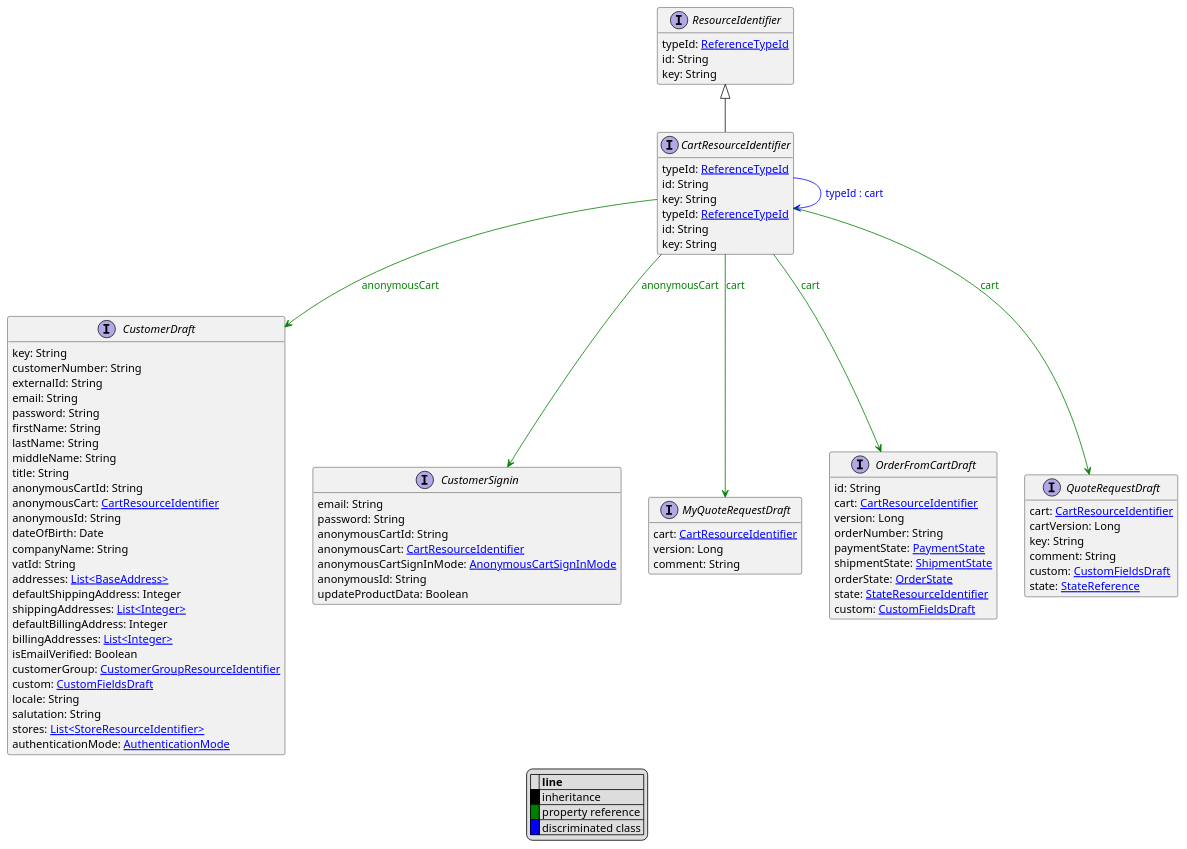
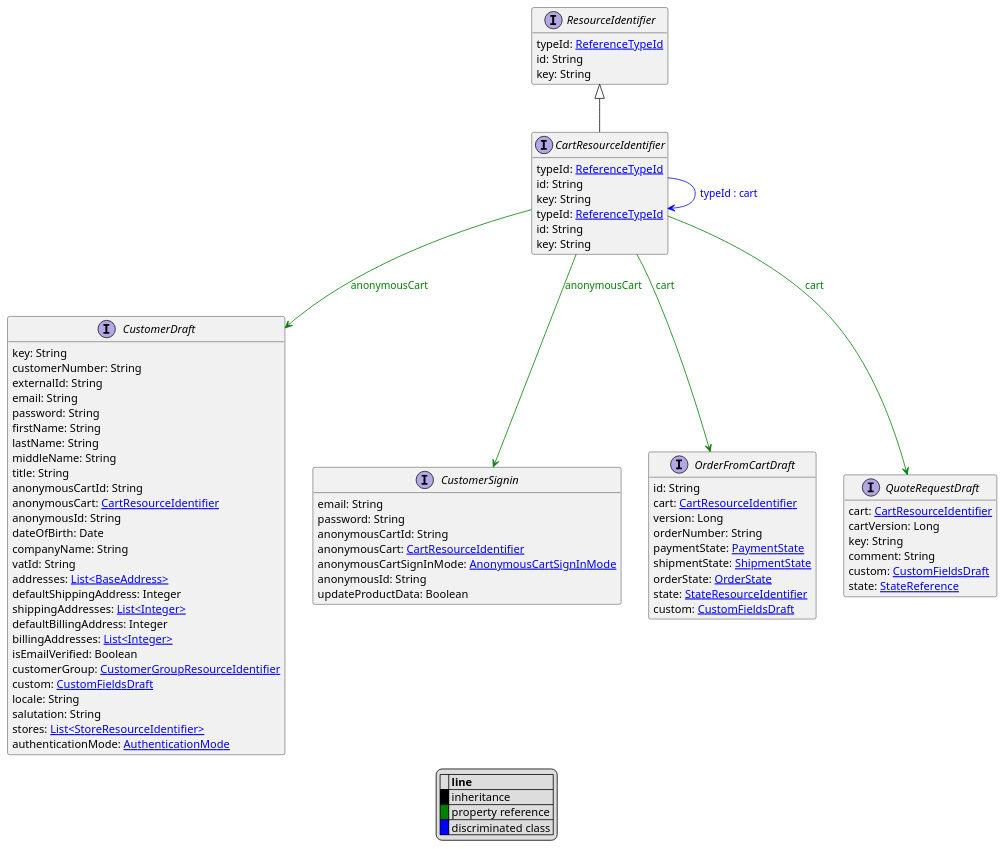
One commit to commercetools/commercetools-api-reference changed the diagram in uml/api/CartResourceIdentifier.puml. Above: the diagram before and after it, drawn with PlantUML. The commit also changed 6 other files, not shown here.

```diff
--- a/uml/api/CartResourceIdentifier.puml
+++ b/uml/api/CartResourceIdentifier.puml
@@ -1,95 +1,89 @@
 @startuml
 
 hide empty fields
 hide empty methods
 legend
 |= |= line |
 |<back:black>   </back>| inheritance |
 |<back:green>   </back>| property reference |
 |<back:blue>   </back>| discriminated class |
 endlegend
 interface CartResourceIdentifier [[CartResourceIdentifier.svg]] extends ResourceIdentifier {
     typeId: [[ReferenceTypeId.svg ReferenceTypeId]]
     id: String
     key: String
 }
 interface ResourceIdentifier [[ResourceIdentifier.svg]]  {
     typeId: [[ReferenceTypeId.svg ReferenceTypeId]]
     id: String
     key: String
 }
 
 interface CartResourceIdentifier [[CartResourceIdentifier.svg]]  {
     typeId: [[ReferenceTypeId.svg ReferenceTypeId]]
     id: String
     key: String
 }
 interface CustomerDraft [[CustomerDraft.svg]]  {
     key: String
     customerNumber: String
     externalId: String
     email: String
     password: String
     firstName: String
     lastName: String
     middleName: String
     title: String
     anonymousCartId: String
     anonymousCart: [[CartResourceIdentifier.svg CartResourceIdentifier]]
     anonymousId: String
     dateOfBirth: Date
     companyName: String
     vatId: String
     addresses: [[BaseAddress.svg List<BaseAddress>]]
     defaultShippingAddress: Integer
     shippingAddresses: [[Integer.svg List<Integer>]]
     defaultBillingAddress: Integer
     billingAddresses: [[Integer.svg List<Integer>]]
     isEmailVerified: Boolean
     customerGroup: [[CustomerGroupResourceIdentifier.svg CustomerGroupResourceIdentifier]]
     custom: [[CustomFieldsDraft.svg CustomFieldsDraft]]
     locale: String
     salutation: String
     stores: [[StoreResourceIdentifier.svg List<StoreResourceIdentifier>]]
     authenticationMode: [[AuthenticationMode.svg AuthenticationMode]]
 }
 interface CustomerSignin [[CustomerSignin.svg]]  {
     email: String
     password: String
     anonymousCartId: String
     anonymousCart: [[CartResourceIdentifier.svg CartResourceIdentifier]]
     anonymousCartSignInMode: [[AnonymousCartSignInMode.svg AnonymousCartSignInMode]]
     anonymousId: String
     updateProductData: Boolean
 }
-interface MyQuoteRequestDraft [[MyQuoteRequestDraft.svg]]  {
-    cart: [[CartResourceIdentifier.svg CartResourceIdentifier]]
-    version: Long
-    comment: String
-}
 interface OrderFromCartDraft [[OrderFromCartDraft.svg]]  {
     id: String
     cart: [[CartResourceIdentifier.svg CartResourceIdentifier]]
     version: Long
     orderNumber: String
     paymentState: [[PaymentState.svg PaymentState]]
     shipmentState: [[ShipmentState.svg ShipmentState]]
     orderState: [[OrderState.svg OrderState]]
     state: [[StateResourceIdentifier.svg StateResourceIdentifier]]
     custom: [[CustomFieldsDraft.svg CustomFieldsDraft]]
 }
 interface QuoteRequestDraft [[QuoteRequestDraft.svg]]  {
     cart: [[CartResourceIdentifier.svg CartResourceIdentifier]]
     cartVersion: Long
     key: String
     comment: String
     custom: [[CustomFieldsDraft.svg CustomFieldsDraft]]
     state: [[StateReference.svg StateReference]]
 }
 CartResourceIdentifier --> CartResourceIdentifier #blue;text:blue : "typeId : cart"
 CartResourceIdentifier --> CustomerDraft #green;text:green : "anonymousCart"
 CartResourceIdentifier --> CustomerSignin #green;text:green : "anonymousCart"
-CartResourceIdentifier --> MyQuoteRequestDraft #green;text:green : "cart"
 CartResourceIdentifier --> OrderFromCartDraft #green;text:green : "cart"
 CartResourceIdentifier --> QuoteRequestDraft #green;text:green : "cart"
 @enduml
```
